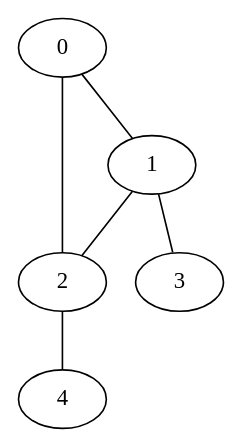
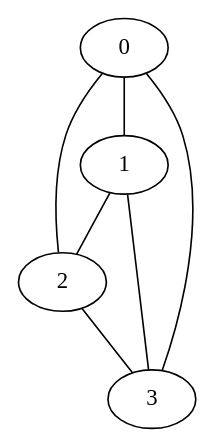
One commit to valentinodg/hedonic changed the diagram in generator/a.dot. Above: the diagram before and after it, drawn with Graphviz. The commit also changed 2 other files, not shown here.

```diff
--- a/generator/a.dot
+++ b/generator/a.dot
@@ -1,12 +1,12 @@
-strict graph "Bull Graph" {
+graph  {
 0;
 1;
 2;
 3;
-4;
-0 -- 1  [weight=4];
-0 -- 2  [weight=6];
-1 -- 2  [weight=5];
-1 -- 3  [weight=5];
-2 -- 4  [weight=2];
+0 -- 1  [key=0, weight=5];
+0 -- 2  [key=0, weight=6];
+0 -- 3  [key=0, weight=6];
+1 -- 2  [key=0, weight=5];
+1 -- 3  [key=0, weight=4];
+2 -- 3  [key=0, weight=4];
 }
```
